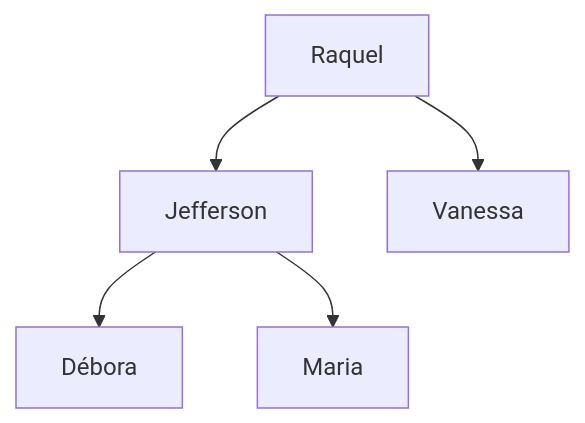
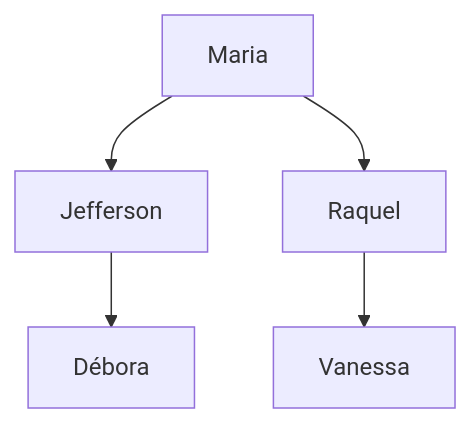
The diagram in README.md (moukinchung/AVL_Tree_Haskell), drawn with Mermaid before and after one commit. The commit also changed other lines of this file, not shown here.

````diff
--- a/README.md
+++ b/README.md
@@ -204,7 +231,7 @@
 ```mermaid
 graph TD
-Raquel --> Jefferson
+Maria --> Jefferson
 Raquel --> Vanessa
 Jefferson --> Débora
-Jefferson --> Maria
+Maria --> Raquel
 ```
````
